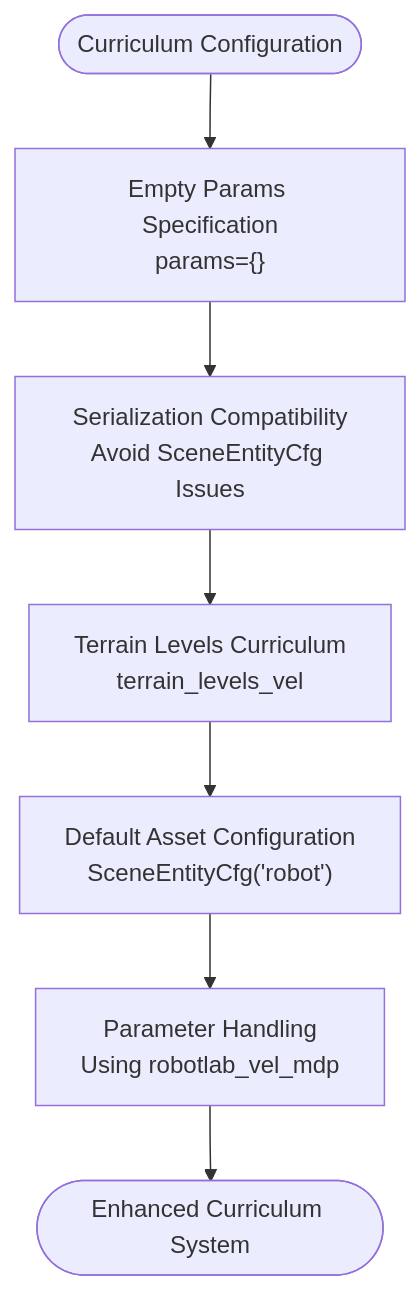
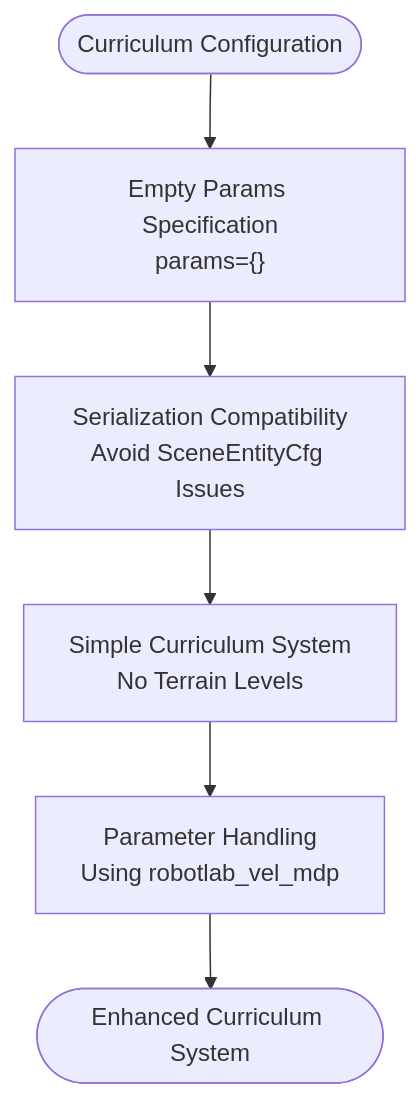
Before and after one commit to jayjayhust/robot_lab: diagram 12 of 13 in .qoder/repowiki/en/content/ZSIBOT ZSL1 Stair Climbing Configuration.md, drawn with Mermaid. The commit also changed other lines of this file and 14 other files, not shown here.

````diff
--- a/.qoder/repowiki/en/content/ZSIBOT ZSL1 Stair Climbing Configuration.md
+++ b/.qoder/repowiki/en/content/ZSIBOT ZSL1 Stair Climbing Configuration.md
@@ -874,9 +596,8 @@
 ```mermaid
 flowchart TD
 CURRICULUM_START([Curriculum Configuration]) --> EMPTY_PARAMS["Empty Params Specification<br/>params={}"]
 EMPTY_PARAMS --> SERIALIZATION["Serialization Compatibility<br/>Avoid SceneEntityCfg Issues"]
-SERIALIZATION --> TERRAIN_LEVELS["Terrain Levels Curriculum<br/>terrain_levels_vel"]
-TERRAIN_LEVELS --> DEFAULT_ASSET["Default Asset Configuration<br/>SceneEntityCfg('robot')"]
-DEFAULT_ASSET --> PARAM_HANDLING["Parameter Handling<br/>Using robotlab_vel_mdp"]
+SERIALIZATION --> SIMPLE_CURRICULUM["Simple Curriculum System<br/>No Terrain Levels"]
+SIMPLE_CURRICULUM --> PARAM_HANDLING["Parameter Handling<br/>Using robotlab_vel_mdp"]
 PARAM_HANDLING --> CURRICULUM_END([Enhanced Curriculum System])
 ```
````
